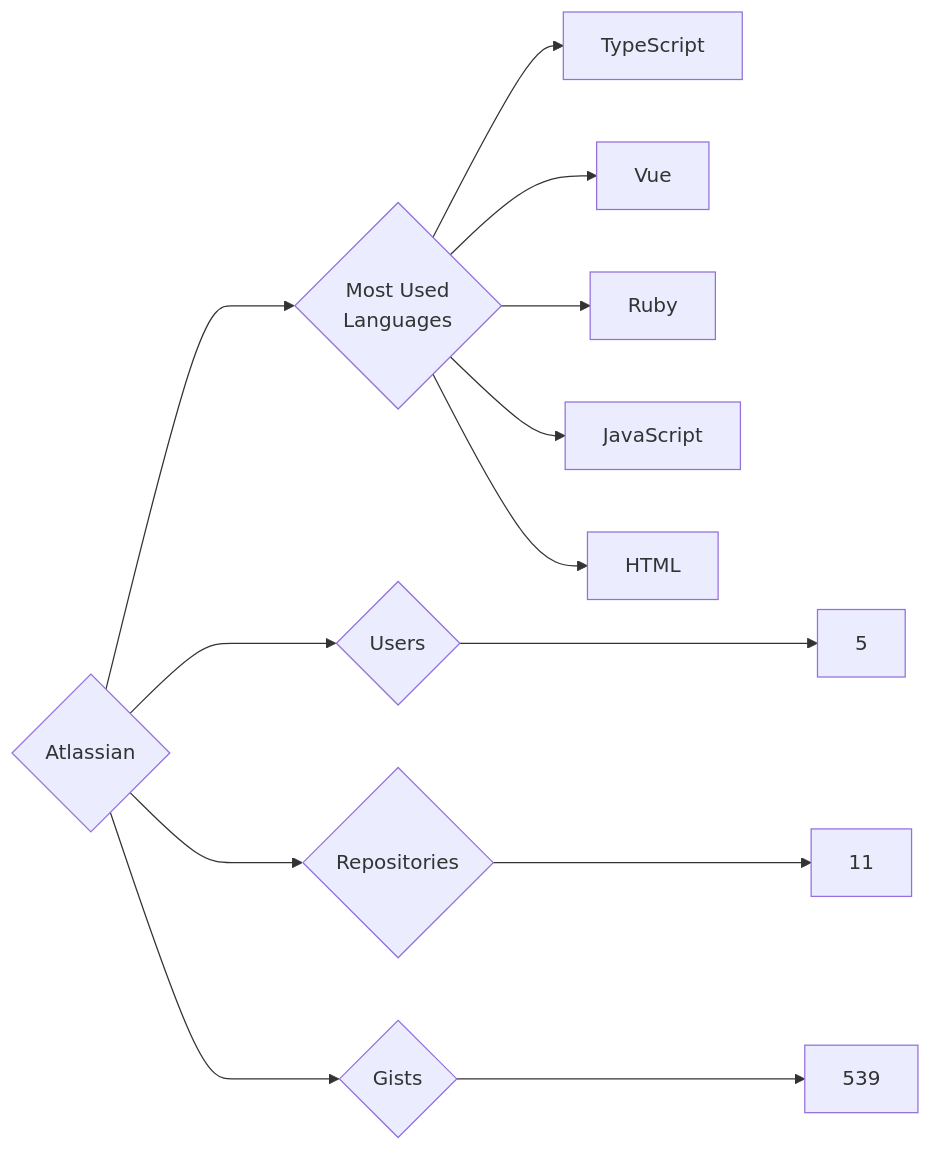
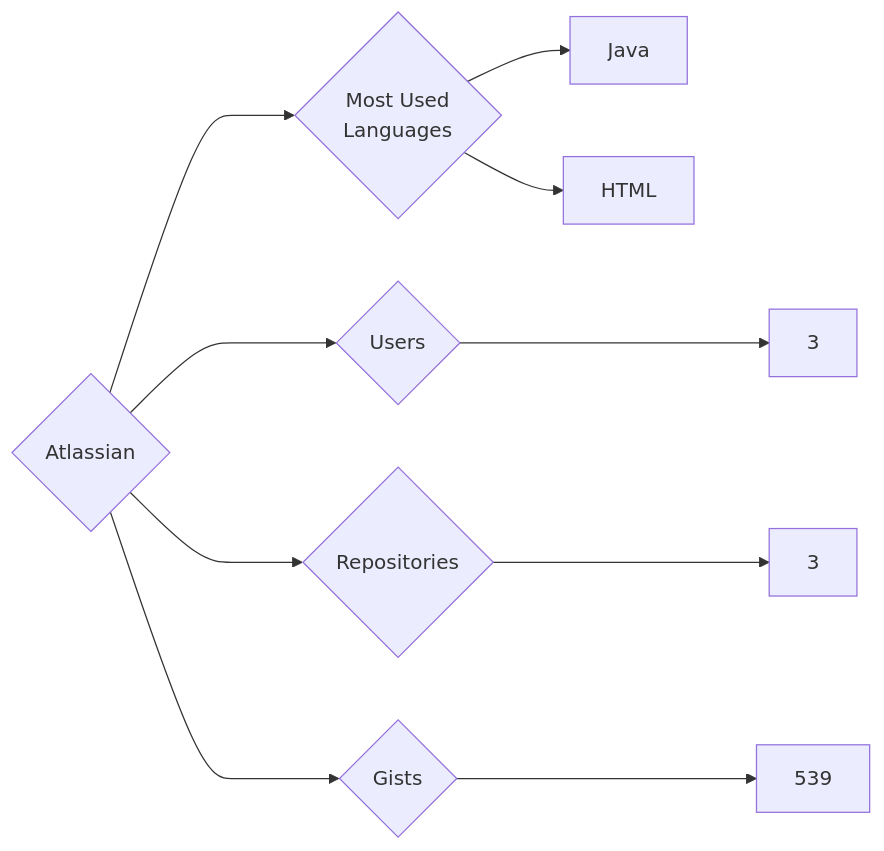
Before and after one commit to trickest/insiders: the diagram in targets/Atlassian/README.md, drawn with Mermaid. The commit also changed 997 other files, not shown here.

````diff
--- a/targets/Atlassian/README.md
+++ b/targets/Atlassian/README.md
@@ -3,13 +3,10 @@
 ```mermaid
 graph LR
 COMPANY_NAME{Atlassian}
-COMPANY_NAME ---> U{Users} ---> UN[5]
-COMPANY_NAME ---> R{Repositories} ---> RN[11]
+COMPANY_NAME ---> U{Users} ---> UN[3]
+COMPANY_NAME ---> R{Repositories} ---> RN[3]
 COMPANY_NAME ---> G{Gists} ---> GN[539]
 COMPANY_NAME ---> ML{Most Used<br>Languages}
-ML --> TypeScript[TypeScript]
-ML --> Vue[Vue]
-ML --> Ruby[Ruby]
-ML --> JavaScript[JavaScript]
+ML --> Java[Java]
 ML --> HTML[HTML]
 ```
````
